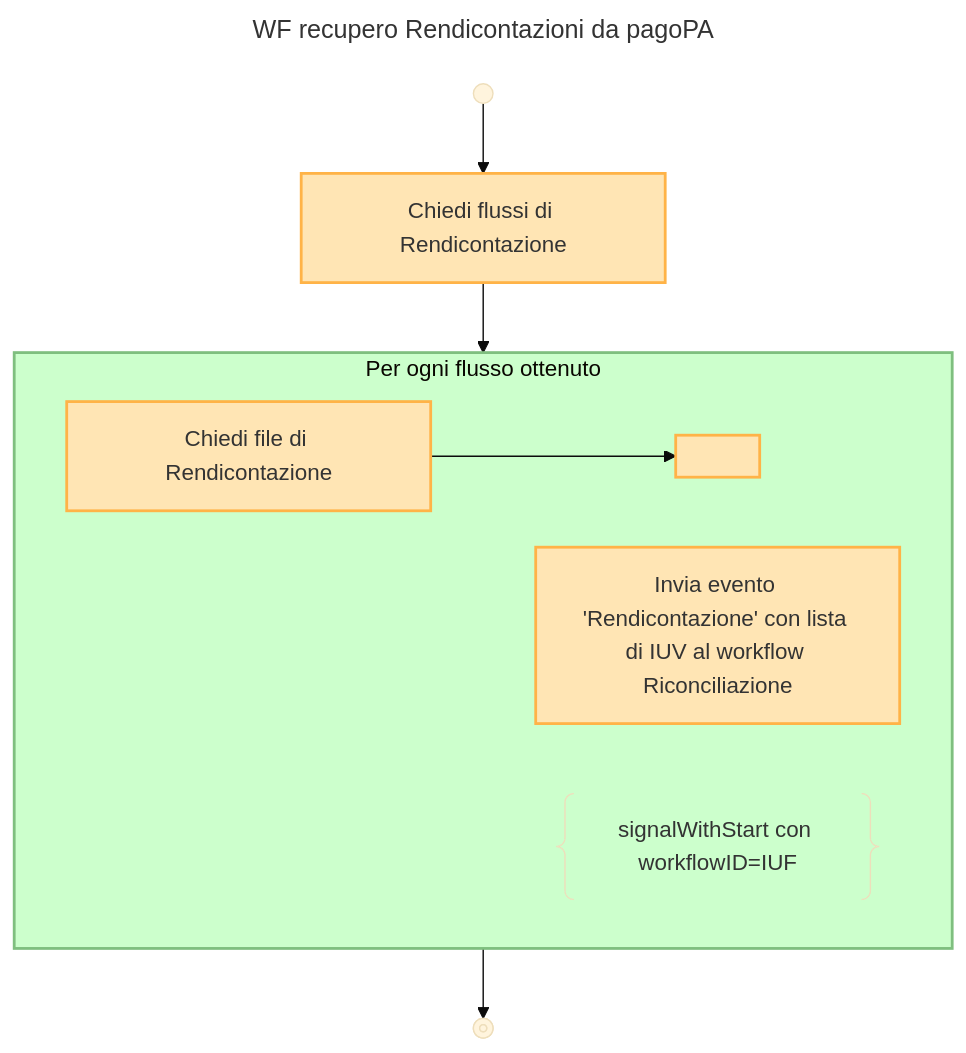
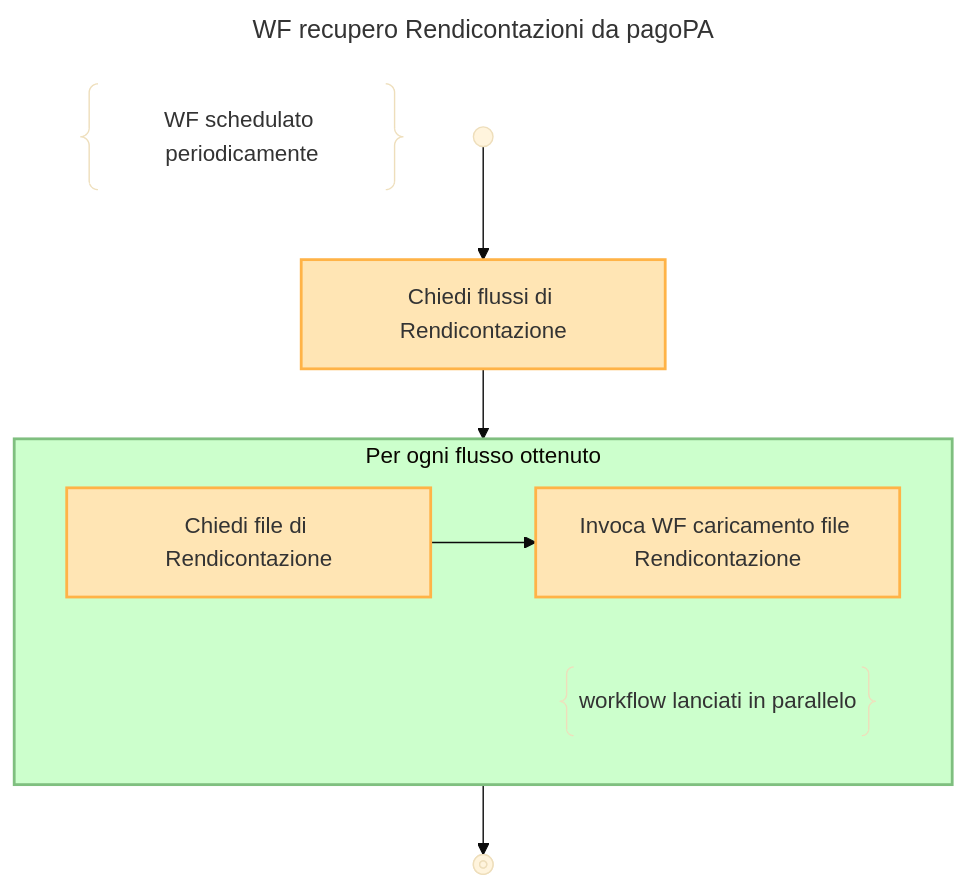
Before and after one commit to pagopa/p4pa-doc: the diagram in design/workflow/riconciliazione/rendicontazione-fetch.mmd, drawn with Mermaid (base theme). The commit also changed 2 other files, not shown here.

Commit message:
rendicontazione workflows

```diff
--- a/design/workflow/riconciliazione/rendicontazione-fetch.mmd
+++ b/design/workflow/riconciliazione/rendicontazione-fetch.mmd
@@ -1,22 +1,22 @@
 ---
 title: WF recupero Rendicontazioni da pagoPA
 ---
 flowchart TD
+    DESCRIPTION@{ shape: braces, label: "WF schedulato periodicamente" }
+
     START@{shape: start} --> FETCH_LIST:::activity@{label: "Chiedi flussi di Rendicontazione"}
 
     FETCH_LIST --> LOOP
 
     subgraph LOOP["Per ogni flusso ottenuto"]
+        FETCH_FILE:::activity@{label: "Chiedi file di Rendicontazione"} --> INVOKE_WF:::child-workflow@{label: "Invoca WF caricamento file Rendicontazione"}
 
-        FETCH_FILE:::activity@{label: "Chiedi file di Rendicontazione"} --> INVOKE_WF:::activity@{label: " "}
-
-        SIGNAL:::activity@{label: "Invia evento 'Rendicontazione' con lista di IUV al workflow Riconciliazione"}
-        NOTE@{ shape: braces, label: "signalWithStart con workflowID=IUF" }
+        NOTE@{ shape: braces, label: "workflow lanciati in parallelo" }
     end
 
     LOOP --> END@{shape: stop}
     class LOOP loop
 
-    classDef disable display:none;
     classDef activity fill:#FFE5B4, stroke:#FFB347, stroke-width:2px;
     classDef loop fill:#CCFFCC, stroke:#7FBF7F, stroke-width:2px, padding-bottom: 5px;
+    classDef child-workflow fill:#FFE5B4, stroke:#FFB347, stroke-width:2px
```
